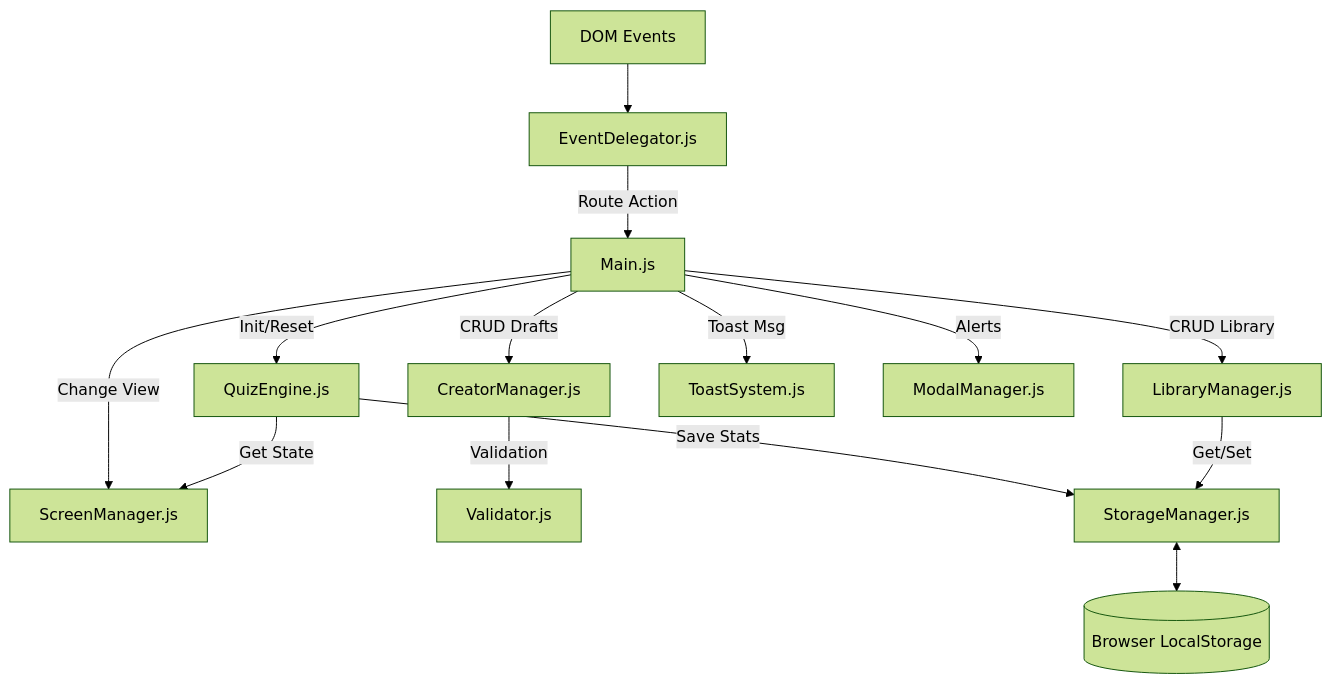
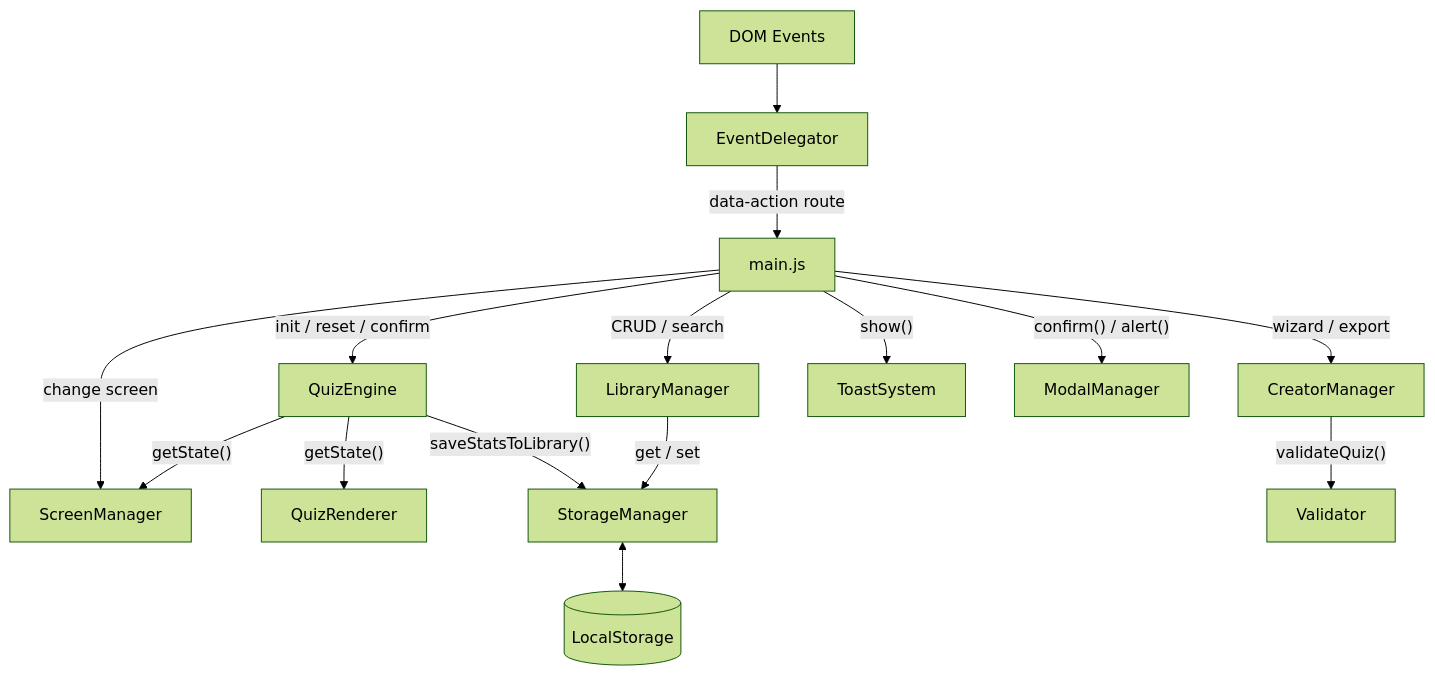
One commit to DessimA/quizlab changed the first of 2 diagrams in README.md. Above: the diagram before and after it, drawn with Mermaid (forest theme). The commit also changed other lines of this file, not shown here.

````diff
--- a/README.md
+++ b/README.md
@@ -46,27 +54,23 @@
 ```mermaid
 graph TD
-    %% Camada de Entrada
-    DOM[DOM Events] --> Delegator[EventDelegator.js]
-    
-    %% Camada de Controle
-    Delegator -- "Route Action" --> Main[Main.js]
-    
-    %% Camada de Lógica de Negócio (Features)
-    Main -- "Init/Reset" --> Quiz[QuizEngine.js]
-    Main -- "CRUD Drafts" --> Creator[CreatorManager.js]
-    Main -- "CRUD Library" --> Lib[LibraryManager.js]
-    
-    %% Camada de Visualização
-    Main -- "Change View" --> Screen[ScreenManager.js]
-    Quiz -- "Get State" --> Screen
-    Creator -- "Validation" --> Validator[Validator.js]
-    
-    %% Camada de Infraestrutura
-    Quiz -- "Save Stats" --> Storage[StorageManager.js]
-    Lib -- "Get/Set" --> Storage
-    Main -- "Toast Msg" --> Toast[ToastSystem.js]
-    Main -- "Alerts" --> Modal[ModalManager.js]
-    
-    %% Persistência
-    Storage <--> LocalStorage[(Browser LocalStorage)]
+    DOM[DOM Events] --> Delegator[EventDelegator]
+
+    Delegator -- "data-action route" --> Main[main.js]
+
+    Main -- "init / reset / confirm" --> Engine[QuizEngine]
+    Main -- "wizard / export" --> Creator[CreatorManager]
+    Main -- "CRUD / search" --> Lib[LibraryManager]
+    Main -- "change screen" --> Screen[ScreenManager]
+
+    Engine -- "getState()" --> Screen
+    Engine -- "getState()" --> Renderer[QuizRenderer]
+    Engine -- "saveStatsToLibrary()" --> Storage[StorageManager]
+
+    Creator -- "validateQuiz()" --> Validator[Validator]
+    Lib -- "get / set" --> Storage
+
+    Main -- "show()" --> Toast[ToastSystem]
+    Main -- "confirm() / alert()" --> Modal[ModalManager]
+
+    Storage <--> LS[(LocalStorage)]
 ```
````
